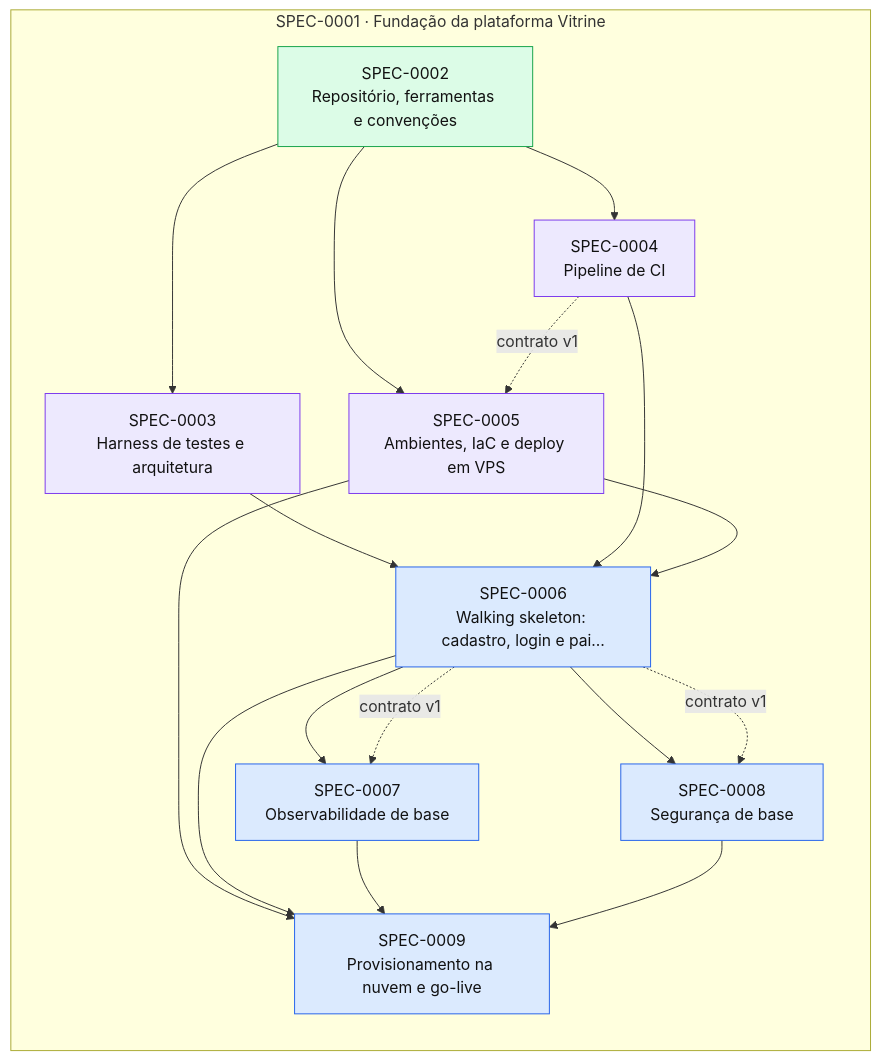
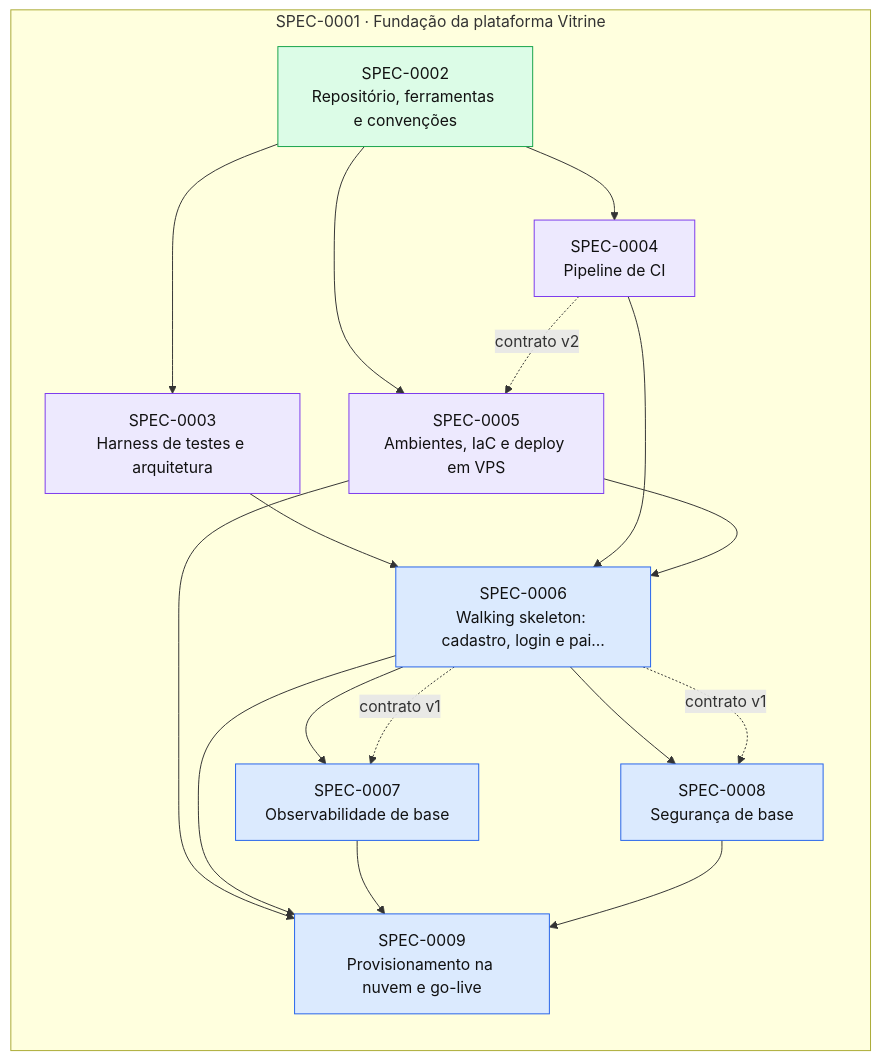
Before and after one commit to thomasravache/vitrine: the diagram in docs/specs/INDEX.md, drawn with Mermaid. The commit also changed other lines of this file and 4 other files, not shown here.

````diff
--- a/docs/specs/INDEX.md
+++ b/docs/specs/INDEX.md
@@ -68,33 +62,33 @@
 ```mermaid
 flowchart LR
   subgraph E0001["SPEC-0001 · Fundação da plataforma Vitrine"]
     S0002["SPEC-0002<br/>Repositório, ferramentas e convenções"]:::implemented
     S0003["SPEC-0003<br/>Harness de testes e arquitetura"]:::inprogress
     S0004["SPEC-0004<br/>Pipeline de CI"]:::inprogress
     S0005["SPEC-0005<br/>Ambientes, IaC e deploy em VPS"]:::inprogress
     S0006["SPEC-0006<br/>Walking skeleton: cadastro, login e pai…"]:::approved
     S0007["SPEC-0007<br/>Observabilidade de base"]:::approved
     S0008["SPEC-0008<br/>Segurança de base"]:::approved
     S0009["SPEC-0009<br/>Provisionamento na nuvem e go-live"]:::approved
   end
   S0002 --> S0003
   S0002 --> S0004
   S0002 --> S0005
-  S0004 -. contrato v1 .-> S0005
+  S0004 -. contrato v2 .-> S0005
   S0003 --> S0006
   S0004 --> S0006
   S0005 --> S0006
   S0006 --> S0007
   S0006 -. contrato v1 .-> S0007
   S0006 --> S0008
   S0006 -. contrato v1 .-> S0008
   S0005 --> S0009
   S0006 --> S0009
   S0007 --> S0009
   S0008 --> S0009
   classDef proposed fill:#fef3c7,stroke:#d97706,color:#111
   classDef approved fill:#dbeafe,stroke:#2563eb,color:#111
   classDef inprogress fill:#ede9fe,stroke:#7c3aed,color:#111
   classDef implemented fill:#dcfce7,stroke:#16a34a,color:#111
   classDef deprecated fill:#f3f4f6,stroke:#9ca3af,color:#6b7280
 ```
````
